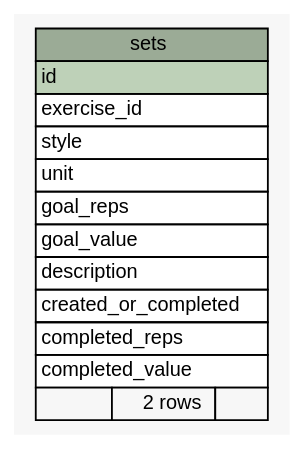
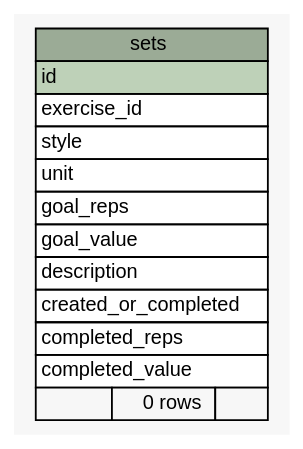
Before and after one commit to btv/DED_backend: the diagram in dbDocs/diagrams/summary/sets.1degree.dot, drawn with Graphviz. The commit also changed 23 other files, not shown here.

```diff
--- a/dbDocs/diagrams/summary/sets.1degree.dot
+++ b/dbDocs/diagrams/summary/sets.1degree.dot
@@ -1,39 +1,39 @@
 // dot 2.42.3 on Mac OS X 10.15.4
 // SchemaSpy rev 590
 digraph "sets" {
   graph [
     rankdir="RL"
     bgcolor="#f7f7f7"
     nodesep="0.18"
     ranksep="0.46"
     fontname="Helvetica"
     fontsize="11"
   ];
   node [
     fontname="Helvetica"
     fontsize="11"
     shape="plaintext"
   ];
   edge [
     arrowsize="0.8"
   ];
   "sets" [
     label=<
     <TABLE BORDER="0" CELLBORDER="1" CELLSPACING="0" BGCOLOR="#ffffff">
       <TR><TD COLSPAN="3" BGCOLOR="#9bab96" ALIGN="CENTER">sets</TD></TR>
       <TR><TD PORT="id" COLSPAN="3" BGCOLOR="#bed1b8" ALIGN="LEFT">id</TD></TR>
       <TR><TD PORT="exercise_id" COLSPAN="3" ALIGN="LEFT">exercise_id</TD></TR>
       <TR><TD PORT="style" COLSPAN="3" ALIGN="LEFT">style</TD></TR>
       <TR><TD PORT="unit" COLSPAN="3" ALIGN="LEFT">unit</TD></TR>
       <TR><TD PORT="goal_reps" COLSPAN="3" ALIGN="LEFT">goal_reps</TD></TR>
       <TR><TD PORT="goal_value" COLSPAN="3" ALIGN="LEFT">goal_value</TD></TR>
       <TR><TD PORT="description" COLSPAN="3" ALIGN="LEFT">description</TD></TR>
       <TR><TD PORT="created_or_completed" COLSPAN="3" ALIGN="LEFT">created_or_completed</TD></TR>
       <TR><TD PORT="completed_reps" COLSPAN="3" ALIGN="LEFT">completed_reps</TD></TR>
       <TR><TD PORT="completed_value" COLSPAN="3" ALIGN="LEFT">completed_value</TD></TR>
-      <TR><TD ALIGN="LEFT" BGCOLOR="#f7f7f7">  </TD><TD ALIGN="RIGHT" BGCOLOR="#f7f7f7">2 rows</TD><TD ALIGN="RIGHT" BGCOLOR="#f7f7f7">  </TD></TR>
+      <TR><TD ALIGN="LEFT" BGCOLOR="#f7f7f7">  </TD><TD ALIGN="RIGHT" BGCOLOR="#f7f7f7">0 rows</TD><TD ALIGN="RIGHT" BGCOLOR="#f7f7f7">  </TD></TR>
     </TABLE>>
     URL="tables/sets.html"
     tooltip="sets"
   ];
 }
```
